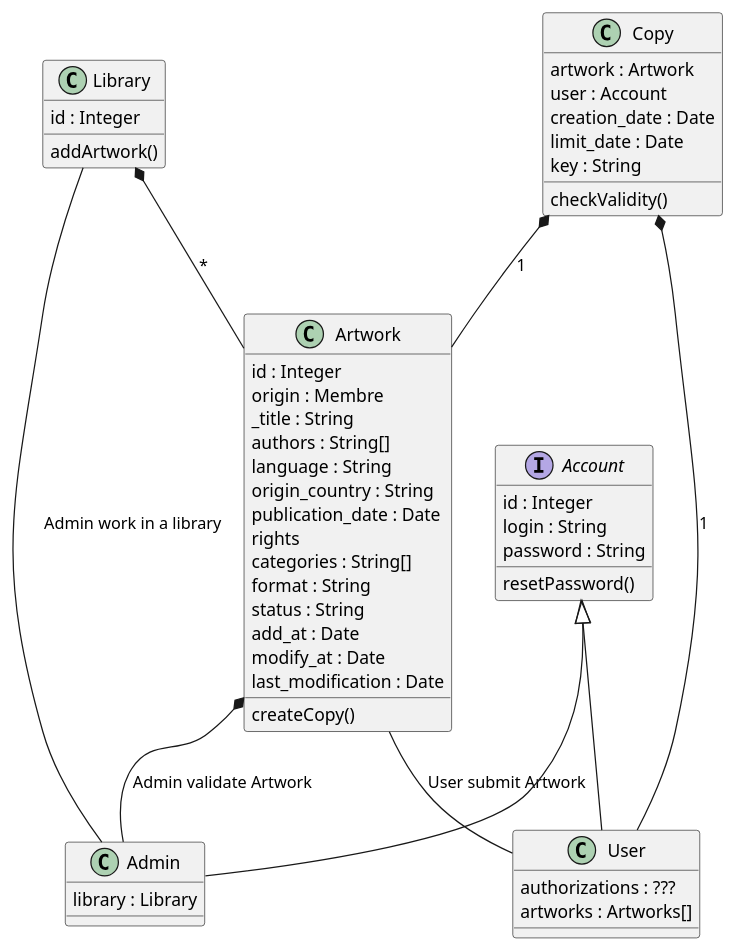
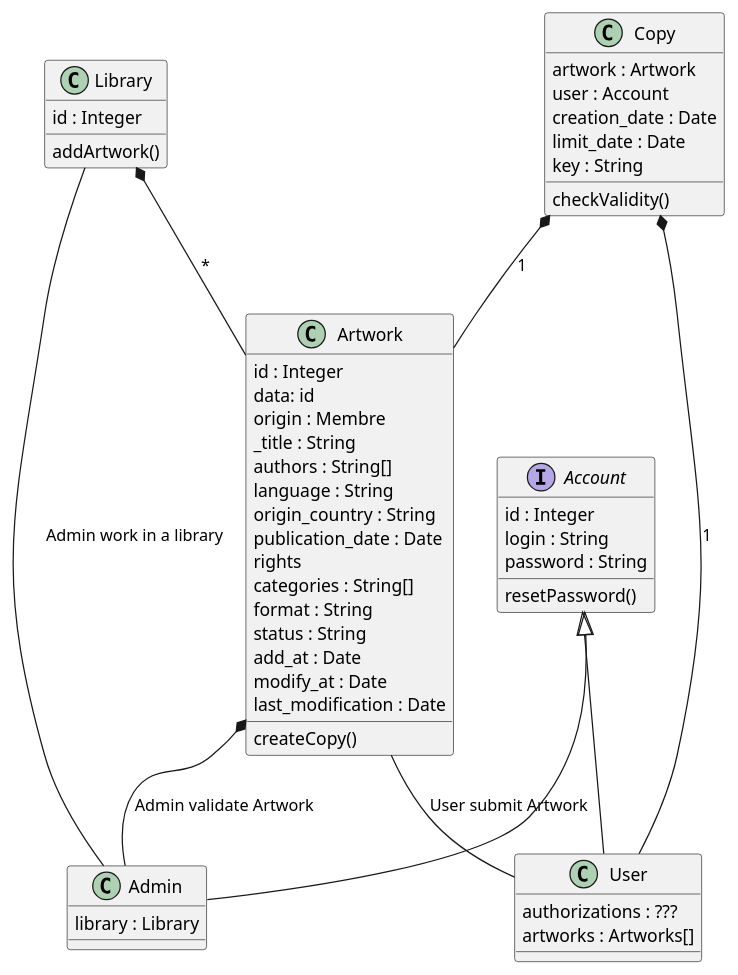
Before and after one commit to Anthony-Jhoiro/BibloDoc: the diagram in diagramme_instance.puml, drawn with PlantUML.

Commit message:
Add the notion of storageId to the object

```diff
--- a/diagramme_instance.puml
+++ b/diagramme_instance.puml
@@ -1,62 +1,63 @@
 @startuml Diagramme de Classe
 class User {
     authorizations : ???
     artworks : Artworks[]
 }
 
 interface Account {
     id : Integer
     login : String
     password : String
 
     resetPassword()
 }
 
 class Admin {
     library : Library
 }
 
 class Library {
     id : Integer
 
     addArtwork()
 }
 
 class Artwork {
     id : Integer
+    data: id
     origin : Membre
     _title : String
     authors : String[]
     language : String
     origin_country : String
     publication_date : Date
     rights
     categories : String[]
     format : String
     status : String
     add_at : Date
     modify_at : Date
     last_modification : Date
     createCopy()
 }
 
 class Copy {
     artwork : Artwork
     user : Account
     creation_date : Date
     limit_date : Date
     key : String
     checkValidity()
 }
 
 
 Artwork -- User : User submit Artwork
 Artwork *-- Admin : Admin validate Artwork
 Library -- Admin : Admin work in a library
 Account <|-- Admin
 Account <|-- User
 Copy *-- User : 1
 Copy *-- Artwork : 1
 Library *-- Artwork : *
 
 @enduml
```
